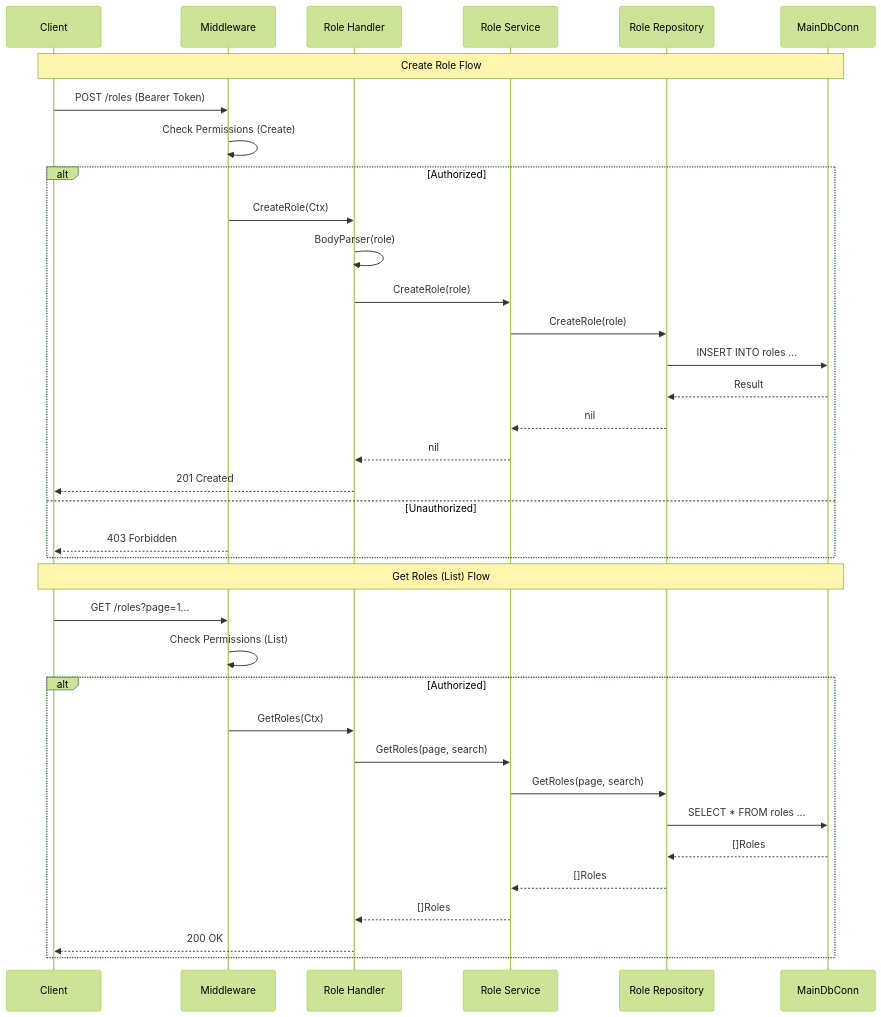
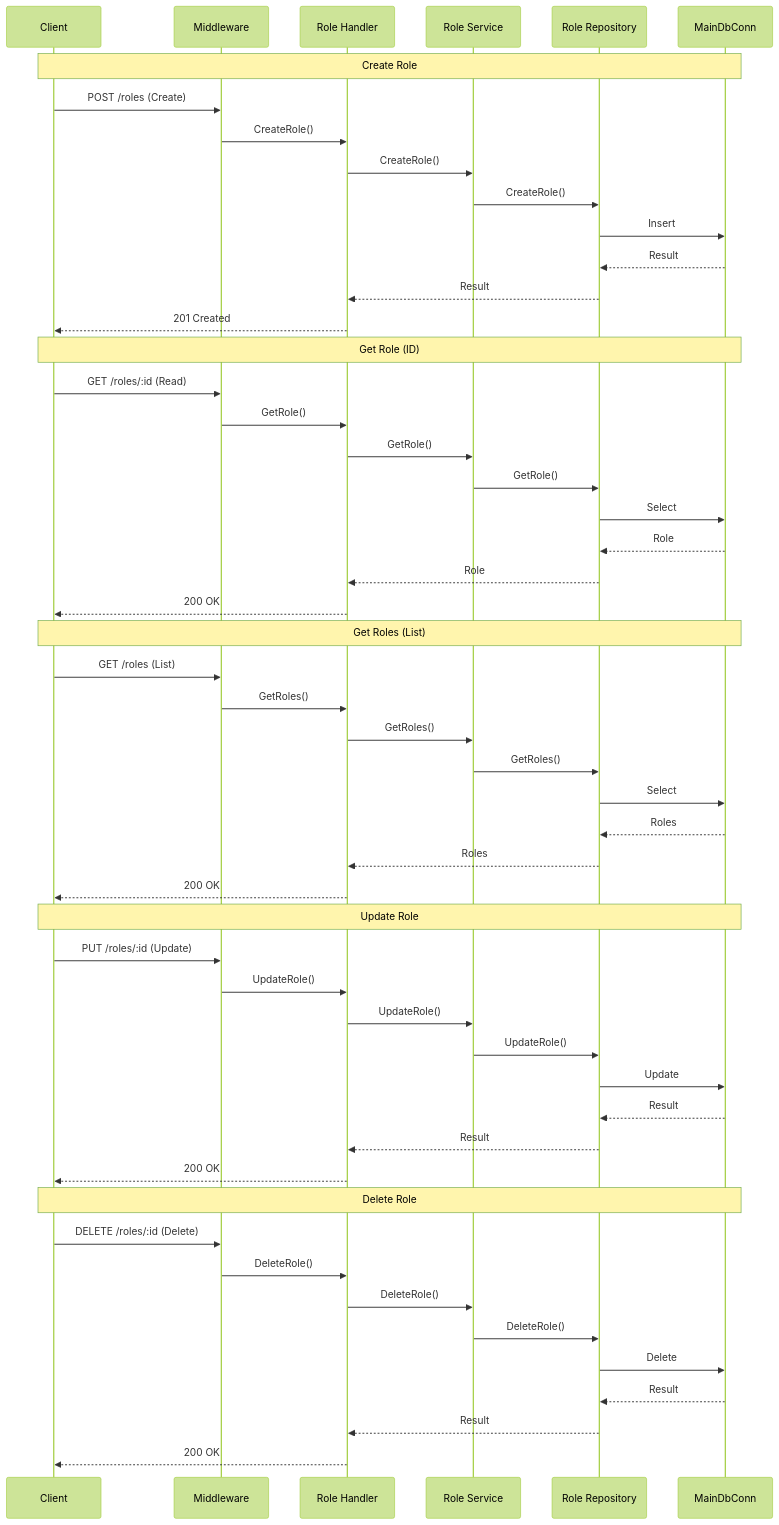
Before and after one commit to ChangerzaryX1602/sysware-test: the diagram in flow/role_flow.md, drawn with Mermaid (forest theme). The commit also changed 4 other files, not shown here.

Commit message:
feat: Add comprehensive CRUD sequence diagrams for roles, role permissions, and permissions, standardize flow structure, and introduce a new preview file.

````diff
--- a/flow/role_flow.md
+++ b/flow/role_flow.md
@@ -1,40 +1,59 @@
 ```mermaid
 sequenceDiagram
     participant Client
     participant MW as Middleware
     participant H as Role Handler
     participant S as Role Service
     participant R as Role Repository
     participant DB as MainDbConn
 
-    note over Client, DB: Create Role Flow
-    Client->>MW: POST /roles (Bearer Token)
-    MW->>MW: Check Permissions (Create)
-    alt Authorized
-        MW->>H: CreateRole(Ctx)
-        H->>H: BodyParser(role)
-        H->>S: CreateRole(role)
-        S->>R: CreateRole(role)
-        R->>DB: INSERT INTO roles ...
-        DB-->>R: Result
-        R-->>S: nil
-        S-->>H: nil
-        H-->>Client: 201 Created
-    else Unauthorized
-        MW-->>Client: 403 Forbidden
-    end
+    note over Client, DB: Create Role
+    Client->>MW: POST /roles (Create)
+    MW->>H: CreateRole()
+    H->>S: CreateRole()
+    S->>R: CreateRole()
+    R->>DB: Insert
+    DB-->>R: Result
+    R-->>H: Result
+    H-->>Client: 201 Created
 
-    note over Client, DB: Get Roles (List) Flow
-    Client->>MW: GET /roles?page=1...
-    MW->>MW: Check Permissions (List)
-    alt Authorized
-        MW->>H: GetRoles(Ctx)
-        H->>S: GetRoles(page, search)
-        S->>R: GetRoles(page, search)
-        R->>DB: SELECT * FROM roles ...
-        DB-->>R: []Roles
-        R-->>S: []Roles
-        S-->>H: []Roles
-        H-->>Client: 200 OK
-    end
+    note over Client, DB: Get Role (ID)
+    Client->>MW: GET /roles/:id (Read)
+    MW->>H: GetRole()
+    H->>S: GetRole()
+    S->>R: GetRole()
+    R->>DB: Select
+    DB-->>R: Role
+    R-->>H: Role
+    H-->>Client: 200 OK
+
+    note over Client, DB: Get Roles (List)
+    Client->>MW: GET /roles (List)
+    MW->>H: GetRoles()
+    H->>S: GetRoles()
+    S->>R: GetRoles()
+    R->>DB: Select
+    DB-->>R: Roles
+    R-->>H: Roles
+    H-->>Client: 200 OK
+
+    note over Client, DB: Update Role
+    Client->>MW: PUT /roles/:id (Update)
+    MW->>H: UpdateRole()
+    H->>S: UpdateRole()
+    S->>R: UpdateRole()
+    R->>DB: Update
+    DB-->>R: Result
+    R-->>H: Result
+    H-->>Client: 200 OK
+
+    note over Client, DB: Delete Role
+    Client->>MW: DELETE /roles/:id (Delete)
+    MW->>H: DeleteRole()
+    H->>S: DeleteRole()
+    S->>R: DeleteRole()
+    R->>DB: Delete
+    DB-->>R: Result
+    R-->>H: Result
+    H-->>Client: 200 OK
 ```
````
